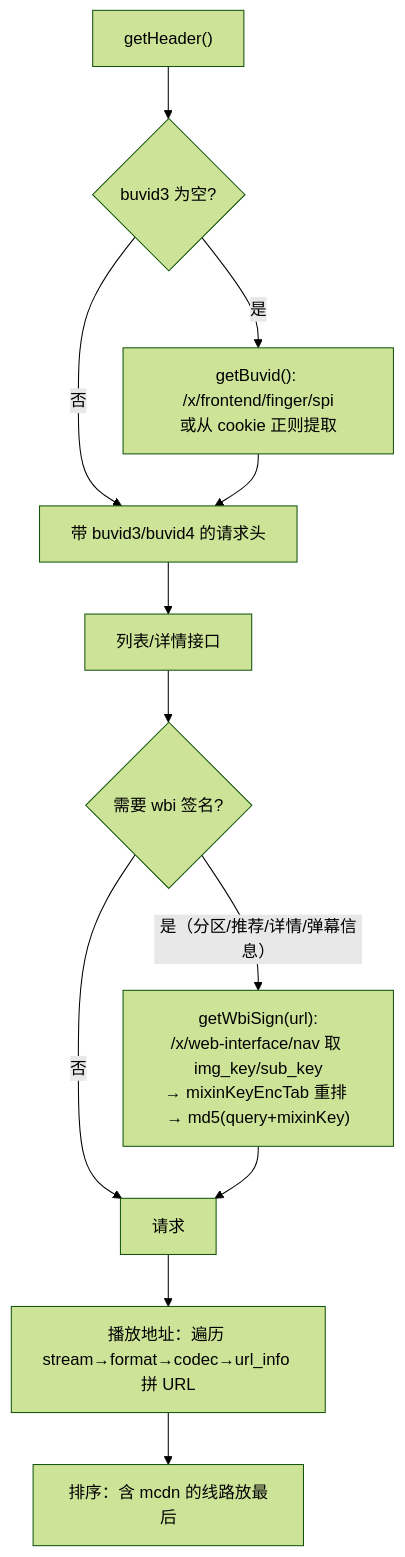
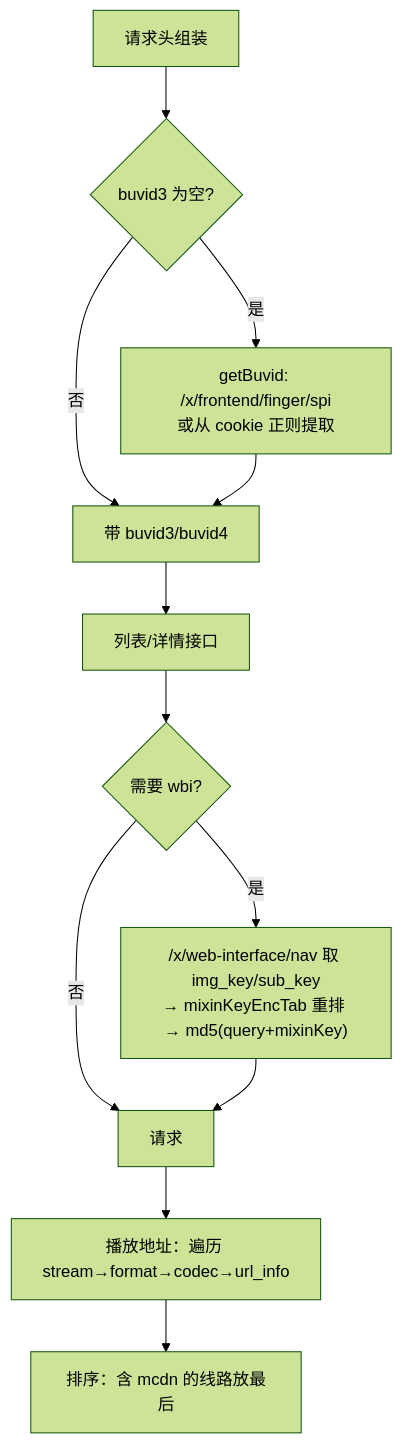
One commit to gaoxing64/dart_simple_live changed the sixth of 12 diagrams in simple_live_core/doc/workflow-diagram.md. Above: the diagram before and after it, drawn with Mermaid (forest theme). The commit also changed other lines of this file and 8 other files, not shown here.

````diff
--- a/simple_live_core/doc/workflow-diagram.md
+++ b/simple_live_core/doc/workflow-diagram.md
@@ -174,14 +177,14 @@
 ```mermaid
 flowchart TD
-    A["getHeader()"] --> B{"buvid3 为空?"}
-    B -- "是" --> C["getBuvid(): /x/frontend/finger/spi\n或从 cookie 正则提取"]
-    B -- "否" --> D
-    C --> D["带 buvid3/buvid4 的请求头"]
+    A["请求头组装"] --> B{"buvid3 为空?"}
+    B -- "是" --> C["getBuvid: /x/frontend/finger/spi\n或从 cookie 正则提取"]
+    B -- "否" --> D["带 buvid3/buvid4"]
+    C --> D
     D --> E["列表/详情接口"]
-    E --> F{"需要 wbi 签名?"}
-    F -- "是（分区/推荐/详情/弹幕信息）" --> G["getWbiSign(url):\n/x/web-interface/nav 取 img_key/sub_key\n→ mixinKeyEncTab 重排 → md5(query+mixinKey)"]
-    F -- "否" --> H
-    G --> H["请求"]
-    H --> I["播放地址：遍历 stream→format→codec→url_info 拼 URL"]
+    E --> F{"需要 wbi?"}
+    F -- "是" --> G["/x/web-interface/nav 取 img_key/sub_key\n→ mixinKeyEncTab 重排 → md5(query+mixinKey)"]
+    F -- "否" --> H["请求"]
+    G --> H
+    H --> I["播放地址：遍历 stream→format→codec→url_info"]
     I --> J["排序：含 mcdn 的线路放最后"]
 ```
````
